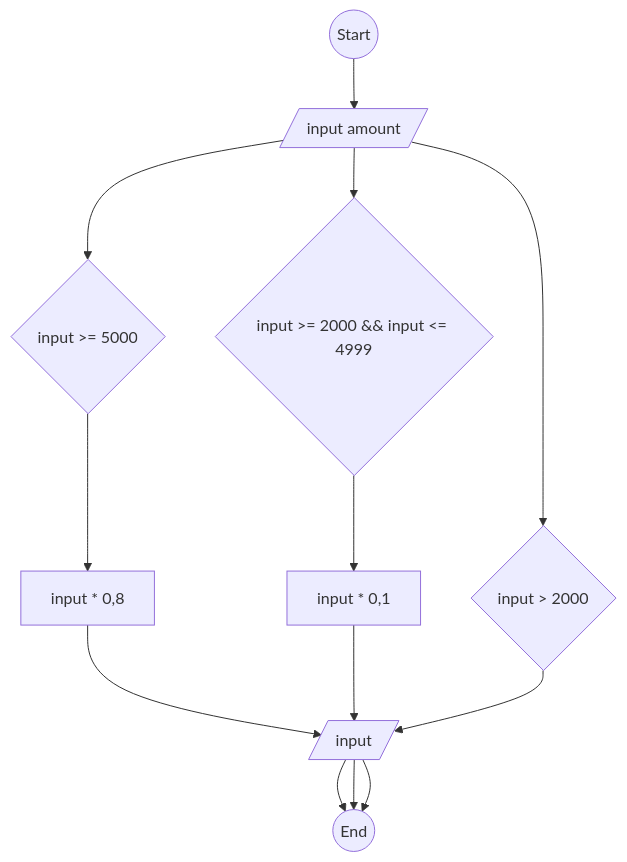
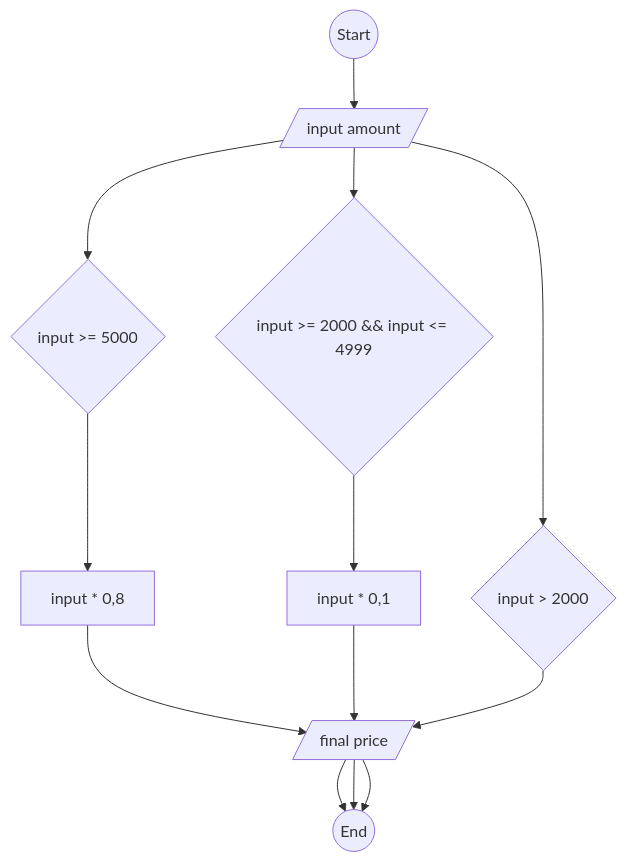
One commit to ihabau/Lexicon-lesson3-flowcharts changed the diagram in Exercise4.md. Above: the diagram before and after it, drawn with Mermaid.

Commit message:
exercise4

````diff
--- a/Exercise4.md
+++ b/Exercise4.md
@@ -29,7 +29,7 @@
 ```mermaid
 graph TD
 S((Start)) --> input[/input amount/]
 input --> ifdisc{input >= 5000} --> res1[input * 0,8] --> output[/res1/] --> E((End))
 input --> ifdisc2{input >= 2000 && input <= 4999} --> res2[input * 0,1] --> output[/res2/] --> E
-input --> else{input > 2000} --> output[/input/] --> E
+input --> else{input > 2000} --> output[/final price/] --> E
 ```
````
